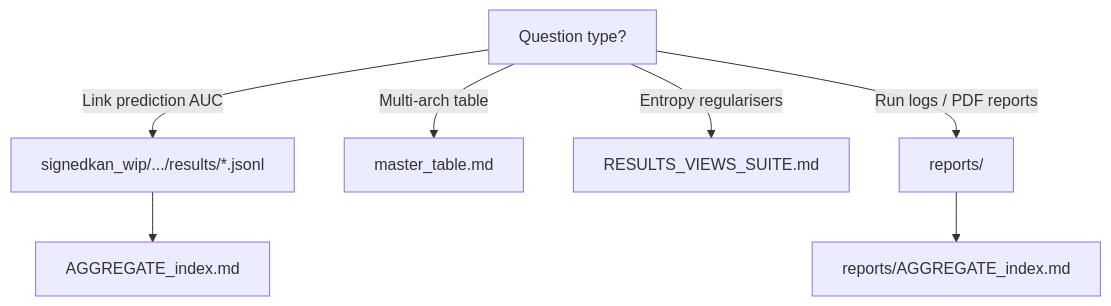
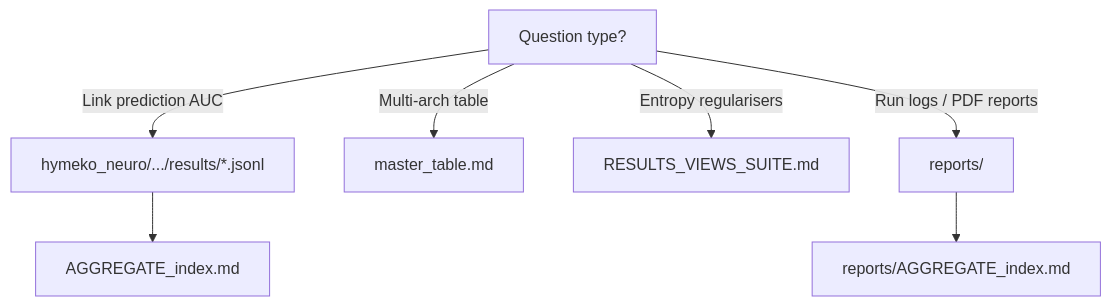
Before and after one commit to kyberszittya/hymeko_framework_rust: the diagram in docs/book/src/results/artifact-index.md, drawn with Mermaid. The commit also changed other lines of this file and 2255 other files, not shown here.

````diff
--- a/docs/book/src/results/artifact-index.md
+++ b/docs/book/src/results/artifact-index.md
@@ -30,10 +30,10 @@
 ```mermaid
 flowchart TB
   Q[Question type?]
-  Q -->|Link prediction AUC| A[signedkan_wip/.../results/*.jsonl]
+  Q -->|Link prediction AUC| A[hymeko_neuro/.../results/*.jsonl]
   Q -->|Multi-arch table| M[master_table.md]
   Q -->|Entropy regularisers| T[RESULTS_VIEWS_SUITE.md]
   Q -->|Run logs / PDF reports| R[reports/]
   A --> I[AGGREGATE_index.md]
   R --> IR[reports/AGGREGATE_index.md]
 ```
````
